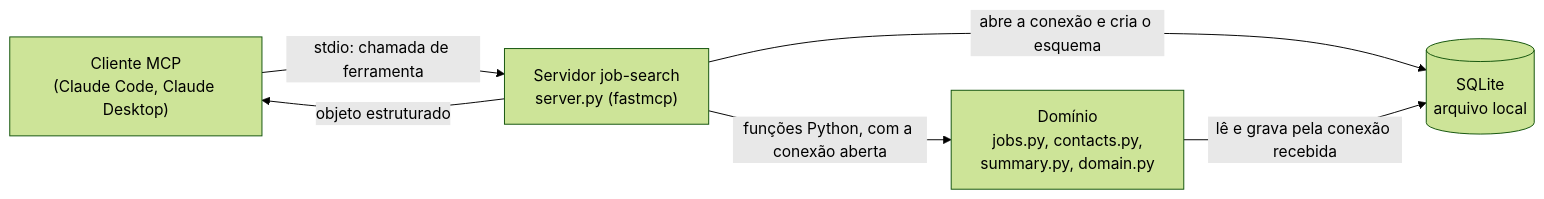
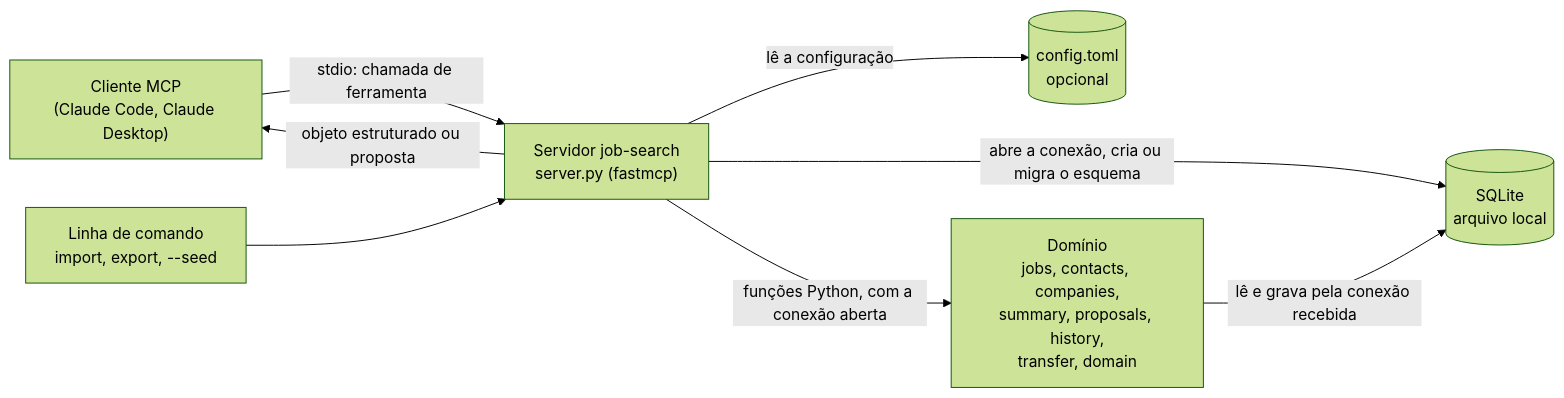
One commit to lauroPereira/job-search-mcp changed the diagram in README.md. Above: the diagram before and after it, drawn with Mermaid (forest theme). The commit also changed other lines of this file and 4 other files, not shown here.

````diff
--- a/README.md
+++ b/README.md
@@ -17,13 +17,17 @@
 ```mermaid
 flowchart LR
     client["Cliente MCP<br/>(Claude Code, Claude Desktop)"]
+    cli["Linha de comando<br/>import, export, --seed"]
     server["Servidor job-search<br/>server.py (fastmcp)"]
-    domain["Domínio<br/>jobs.py, contacts.py,<br/>summary.py, domain.py"]
+    domain["Domínio<br/>jobs, contacts, companies,<br/>summary, proposals, history,<br/>transfer, domain"]
+    config[("config.toml<br/>opcional")]
     database[("SQLite<br/>arquivo local")]
 
     client -- "stdio: chamada de ferramenta" --> server
-    server -- "objeto estruturado" --> client
-    server -- "abre a conexão e cria o esquema" --> database
+    server -- "objeto estruturado ou proposta" --> client
+    cli --> server
+    server -- "lê a configuração" --> config
+    server -- "abre a conexão, cria ou migra o esquema" --> database
     server -- "funções Python, com a conexão aberta" --> domain
     domain -- "lê e grava pela conexão recebida" --> database
 ```
````
